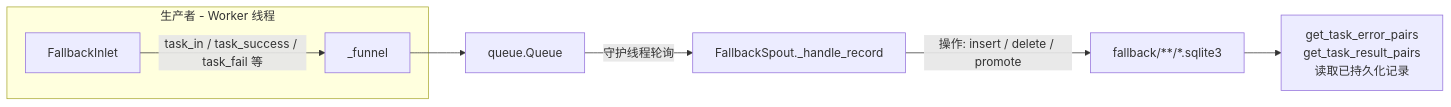
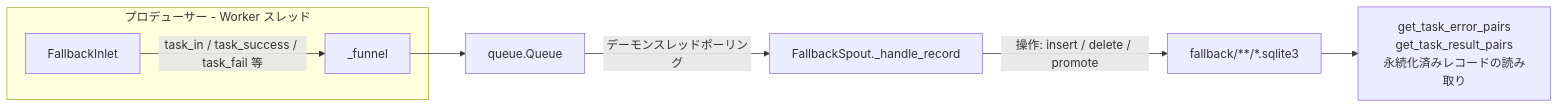
Before and after one commit to Mr-xiaotian/CelestialFlow: the first of 2 diagrams in docs/ja/src/persistence/core_fallback.md, drawn with Mermaid. The commit also changed other lines of this file and 156 other files, not shown here.

````diff
--- a/docs/ja/src/persistence/core_fallback.md
+++ b/docs/ja/src/persistence/core_fallback.md
@@ -13,11 +11,11 @@
 ```mermaid
 flowchart LR
-    subgraph Producer["生产者 - Worker 线程"]
+    subgraph Producer["プロデューサー - Worker スレッド"]
         Inlet[FallbackInlet]
         Inlet -->|task_in / task_success / task_fail 等| Funnel[_funnel]
     end
     Funnel --> Queue[queue.Queue]
-    Queue -->|守护线程轮询| Spout[FallbackSpout._handle_record]
+    Queue -->|デーモンスレッドポーリング| Spout[FallbackSpout._handle_record]
     Spout -->|操作: insert / delete / promote| SQLite[fallback/**/*.sqlite3]
-    SQLite --> Read[get_task_error_pairs<br/>get_task_result_pairs<br/>读取已持久化记录]
+    SQLite --> Read[get_task_error_pairs<br/>get_task_result_pairs<br/>永続化済みレコードの読み取り]
 ```
````
